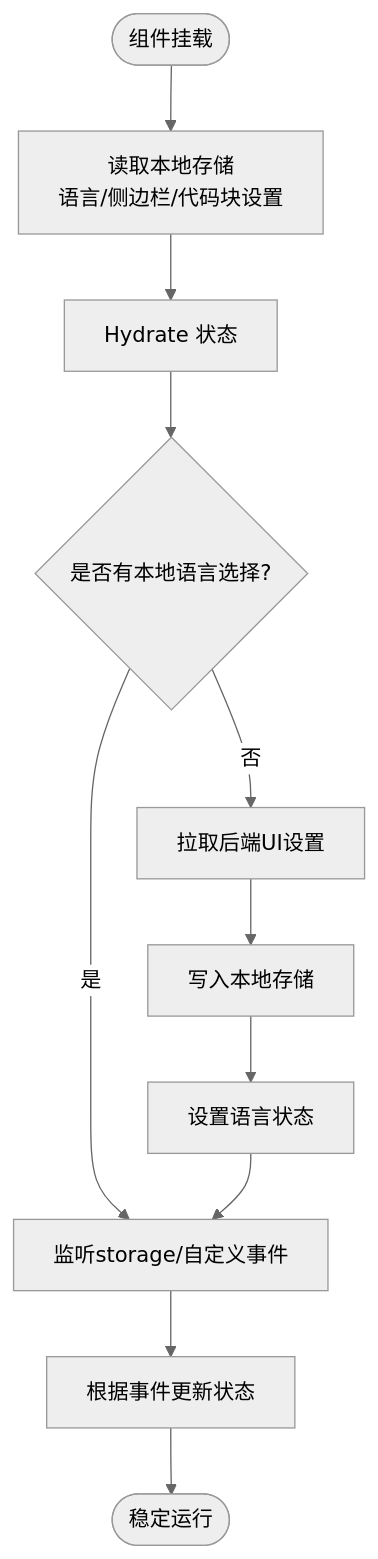
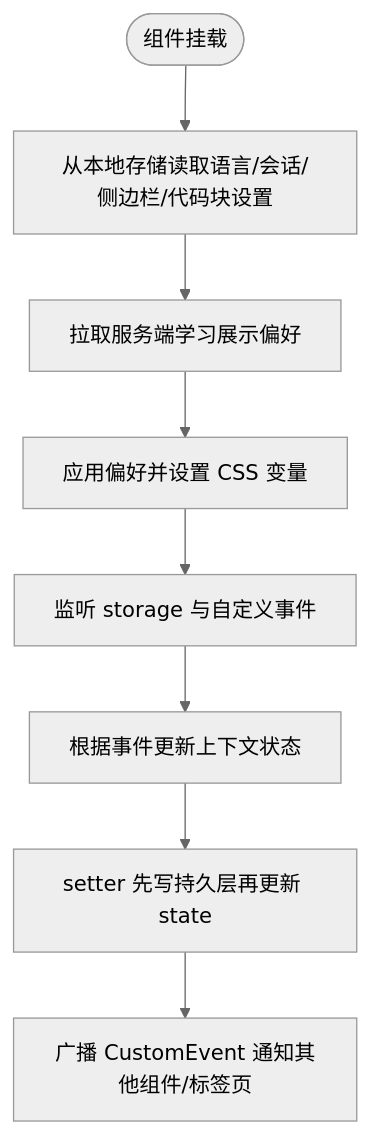
Before and after one commit to gongzili456/DeepTutor: the third of 8 diagrams in .qoder/repowiki/zh/content/前端架构/状态管理.md, drawn with Mermaid (neutral theme). The commit also changed other lines of this file and 1242 other files, not shown here.

````diff
--- a/.qoder/repowiki/zh/content/前端架构/状态管理.md
+++ b/.qoder/repowiki/zh/content/前端架构/状态管理.md
@@ -131,13 +182,10 @@
 ```mermaid
 flowchart TD
-Start(["组件挂载"]) --> ReadLocal["读取本地存储<br/>语言/侧边栏/代码块设置"]
-ReadLocal --> Hydrate["Hydrate 状态"]
-Hydrate --> CheckServer{"是否有本地语言选择?"}
-CheckServer -- 否 --> FetchSettings["拉取后端UI设置"]
-FetchSettings --> WriteLocal["写入本地存储"]
-WriteLocal --> SetLang["设置语言状态"]
-CheckServer -- 是 --> ListenEvents["监听storage/自定义事件"]
-SetLang --> ListenEvents
-ListenEvents --> UpdateState["根据事件更新状态"]
-UpdateState --> End(["稳定运行"])
+Start(["组件挂载"]) --> Hydrate["从本地存储读取语言/会话/侧边栏/代码块设置"]
+Hydrate --> FetchSettings["拉取服务端学习展示偏好"]
+FetchSettings --> ApplyPrefs["应用偏好并设置 CSS 变量"]
+ApplyPrefs --> ListenEvents["监听 storage 与自定义事件"]
+ListenEvents --> UpdateState["根据事件更新上下文状态"]
+UpdateState --> Persist["setter 先写持久层再更新 state"]
+Persist --> NotifyOthers["广播 CustomEvent 通知其他组件/标签页"]
 ```
````
